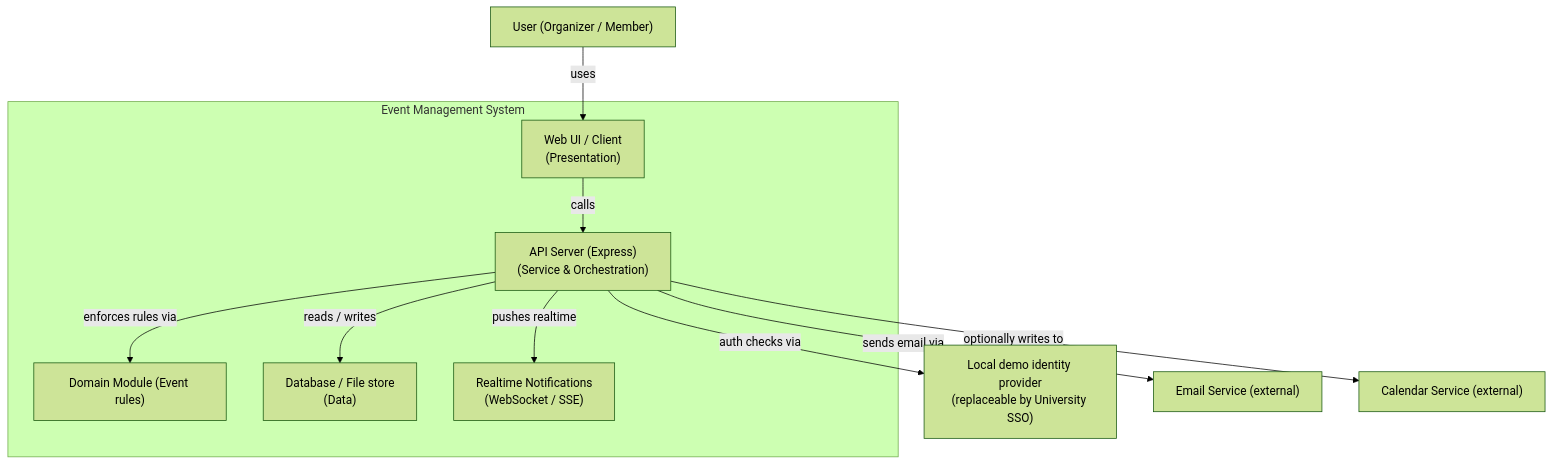
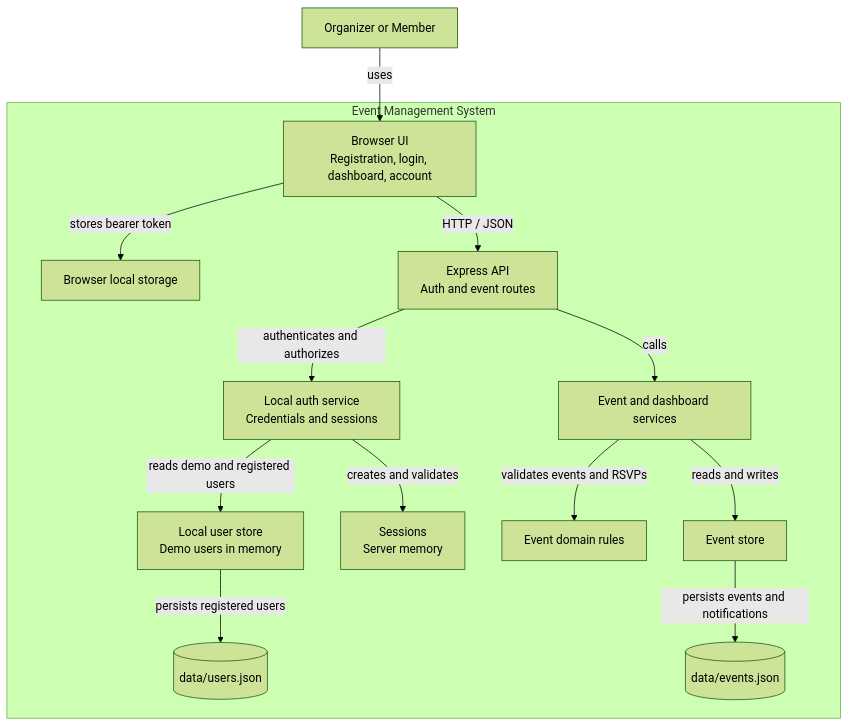
Before and after one commit to JMorency13/cen5064-project-morency: the second of 5 diagrams in README.md, drawn with Mermaid (forest theme). The commit also changed other lines of this file and 11 other files, not shown here.

Commit message:
Add account registration and event cancellation

````diff
--- a/README.md
+++ b/README.md
@@ -81,15 +81,17 @@
 ```mermaid
 flowchart TB
-  user["User (Organizer / Member)"] -->|uses| ui["Web UI / Client<br/>(Presentation)"]
+  user["Organizer or Member"] -->|uses| ui
 
   subgraph EMS["Event Management System"]
-    ui -->|calls| api["API Server (Express)<br/>(Service & Orchestration)"]
-    api -->|enforces rules via| domain["Domain Module (Event rules)"]
-    api -->|reads / writes| db["Database / File store<br/>(Data)"]
-    api -->|pushes realtime| realtime["Realtime Notifications<br/>(WebSocket / SSE)"]
+    ui["Browser UI<br/>Registration, login, dashboard, account"] -->|stores bearer token| browserStore["Browser local storage"]
+    ui -->|HTTP / JSON| api["Express API<br/>Auth and event routes"]
+    api -->|authenticates and authorizes| auth["Local auth service<br/>Credentials and sessions"]
+    api -->|calls| services["Event and dashboard services"]
+    services -->|validates events and RSVPs| domain["Event domain rules"]
+    auth -->|reads demo and registered users| userStore["Local user store<br/>Demo users in memory"]
+    auth -->|creates and validates| sessions["Sessions<br/>Server memory"]
+    services -->|reads and writes| eventStore["Event store"]
+    userStore -->|persists registered users| usersFile[("data/users.json")]
+    eventStore -->|persists events and notifications| eventsFile[("data/events.json")]
   end
-
-  api -->|auth checks via| auth["Local demo identity provider<br/>(replaceable by University SSO)"]
-  api -->|sends email via| email["Email Service (external)"]
-  api -->|optionally writes to| calendar["Calendar Service (external)"]
 ```
````
